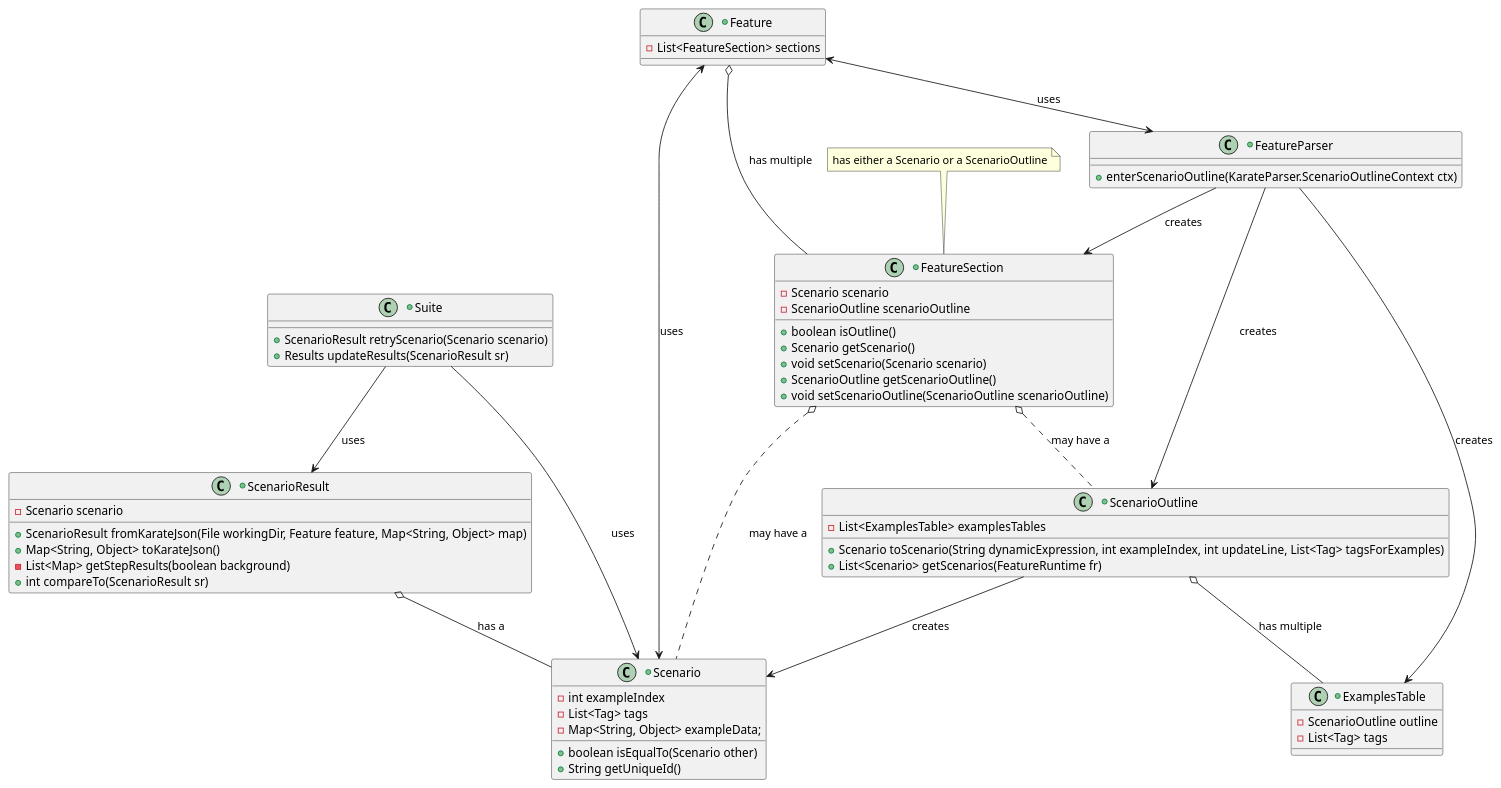
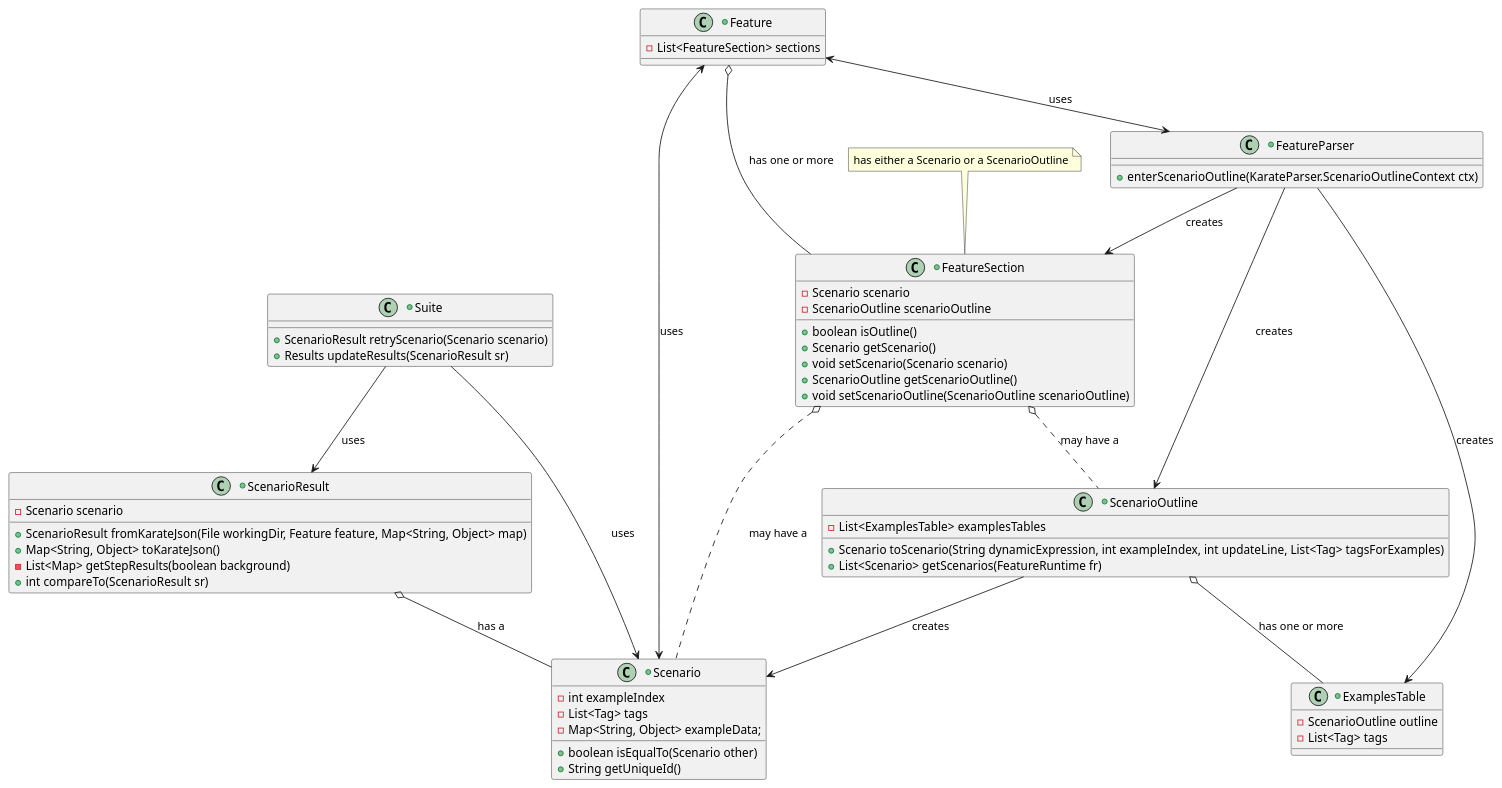
Before and after one commit to dd2480-group-18-2026/assignment-4-karate: the diagram in assignment/uml/diagram_before.puml, drawn with PlantUML. The commit also changed 2 other files, not shown here.

Commit message:
Update UML and add UML + description to report

```diff
--- a/assignment/uml/diagram_before.puml
+++ b/assignment/uml/diagram_before.puml
@@ -1,65 +1,65 @@
 @startuml diagram_before
 skinparam 300 dpi
 +class Suite {
 	+ScenarioResult retryScenario(Scenario scenario)
 	+Results updateResults(ScenarioResult sr)
 }
 +class Feature {
 	-List<FeatureSection> sections
 }
 +class FeatureSection {
 	-Scenario scenario
 	-ScenarioOutline scenarioOutline
 
 	+boolean isOutline()
 	+Scenario getScenario()
 	+void setScenario(Scenario scenario)
 	+ScenarioOutline getScenarioOutline()
 	+void setScenarioOutline(ScenarioOutline scenarioOutline)
 }
 +class FeatureParser {
 	+enterScenarioOutline(KarateParser.ScenarioOutlineContext ctx)
 }
 +class ScenarioOutline {
 	-List<ExamplesTable> examplesTables
 
 	+Scenario toScenario(String dynamicExpression, int exampleIndex, int updateLine, List<Tag> tagsForExamples)
 	+List<Scenario> getScenarios(FeatureRuntime fr)
 }
 +class Scenario {
 	-int exampleIndex
 	-List<Tag> tags
 	-Map<String, Object> exampleData;
 
 	+boolean isEqualTo(Scenario other)
 	+String getUniqueId() 
 }
 +class ExamplesTable {
 	-ScenarioOutline outline
 	-List<Tag> tags
 }
 +class ScenarioResult {
 	-Scenario scenario
 
 	+ScenarioResult fromKarateJson(File workingDir, Feature feature, Map<String, Object> map)
 	+Map<String, Object> toKarateJson()
 	-List<Map> getStepResults(boolean background)
 	+int compareTo(ScenarioResult sr)
 }
 
 note top of FeatureSection : has either a Scenario or a ScenarioOutline
 
-Feature o-- FeatureSection : "has multiple"
+Feature o-- FeatureSection : "has one or more"
 Feature <--> FeatureParser : "uses"
 Feature <--> Scenario : "uses"
 FeatureSection o.. Scenario : "may have a"
 FeatureSection o.. ScenarioOutline : "may have a"
 Suite --> ScenarioResult : "uses"
 Suite --> Scenario : "uses"
 FeatureParser --> ScenarioOutline : "creates"
 FeatureParser --> ExamplesTable : "creates"
 FeatureParser --> FeatureSection : "creates"
 ScenarioOutline --> Scenario : "creates"
-ScenarioOutline o-- ExamplesTable : "has multiple"
+ScenarioOutline o-- ExamplesTable : "has one or more"
 ScenarioResult o-- Scenario : "has a"
 @enduml
```
